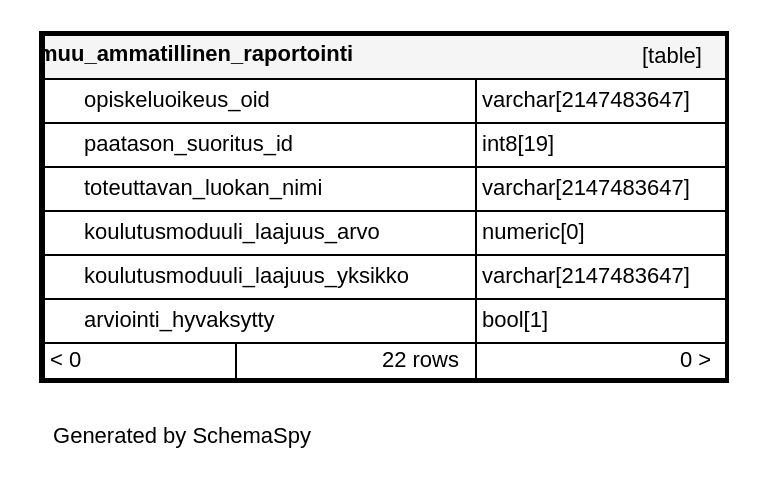
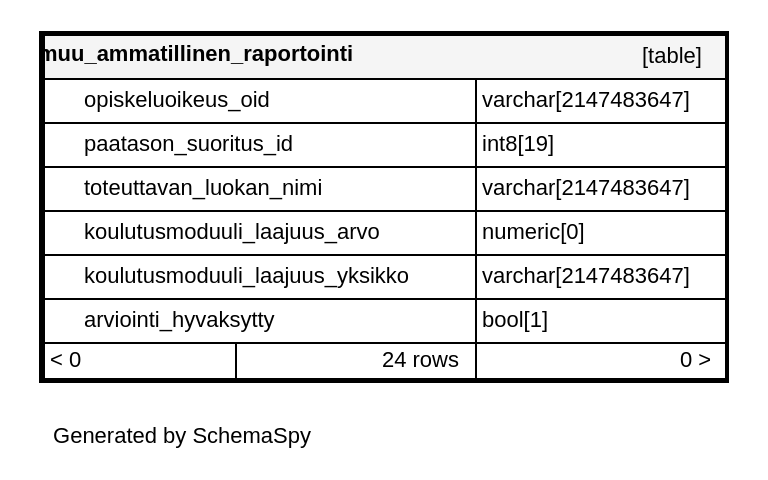
Before and after one commit to Opetushallitus/koski: the diagram in documentation/tietokantaskeemat/koski-raportointikanta/diagrams/tables/muu_ammatillinen_raportointi.1degree.dot, drawn with Graphviz. The commit also changed 95 other files, not shown here.

```diff
--- a/documentation/tietokantaskeemat/koski-raportointikanta/diagrams/tables/muu_ammatillinen_raportointi.1degree.dot
+++ b/documentation/tietokantaskeemat/koski-raportointikanta/diagrams/tables/muu_ammatillinen_raportointi.1degree.dot
@@ -1,19 +1,19 @@
 digraph "oneDegreeRelationshipsDiagram" {
   graph [    rankdir="RL"    bgcolor="#ffffff"    label="\nGenerated by SchemaSpy"    labeljust="l"    nodesep="0.18"    ranksep="0.46"    fontname="Helvetica"    fontsize="11"    ration="compress"  ];  node [    fontname="Helvetica"    fontsize="11"    shape="plaintext"  ];  edge [    arrowsize="0.8"  ];
   "muu_ammatillinen_raportointi" [
    label=<
     <TABLE BORDER="2" CELLBORDER="1" CELLSPACING="0" BGCOLOR="#ffffff">
       <TR><TD COLSPAN="4"  BGCOLOR="#f5f5f5"><TABLE BORDER="0" CELLSPACING="0"><TR><TD ALIGN="LEFT" FIXEDSIZE="TRUE" WIDTH="172" HEIGHT="16"><B>muu_ammatillinen_raportointi</B></TD><TD ALIGN="RIGHT">[table]</TD></TR></TABLE></TD></TR>
       <TR><TD PORT="opiskeluoikeus_oid" COLSPAN="2" ALIGN="LEFT"><TABLE BORDER="0" CELLSPACING="0" ALIGN="LEFT"><TR ALIGN="LEFT"><TD ALIGN="LEFT" FIXEDSIZE="TRUE" WIDTH="15" HEIGHT="16"></TD><TD ALIGN="LEFT" FIXEDSIZE="TRUE" WIDTH="195" HEIGHT="16">opiskeluoikeus_oid</TD></TR></TABLE></TD><TD PORT="opiskeluoikeus_oid.type" ALIGN="LEFT">varchar[2147483647]</TD></TR>
       <TR><TD PORT="paatason_suoritus_id" COLSPAN="2" ALIGN="LEFT"><TABLE BORDER="0" CELLSPACING="0" ALIGN="LEFT"><TR ALIGN="LEFT"><TD ALIGN="LEFT" FIXEDSIZE="TRUE" WIDTH="15" HEIGHT="16"></TD><TD ALIGN="LEFT" FIXEDSIZE="TRUE" WIDTH="195" HEIGHT="16">paatason_suoritus_id</TD></TR></TABLE></TD><TD PORT="paatason_suoritus_id.type" ALIGN="LEFT">int8[19]</TD></TR>
       <TR><TD PORT="toteuttavan_luokan_nimi" COLSPAN="2" ALIGN="LEFT"><TABLE BORDER="0" CELLSPACING="0" ALIGN="LEFT"><TR ALIGN="LEFT"><TD ALIGN="LEFT" FIXEDSIZE="TRUE" WIDTH="15" HEIGHT="16"></TD><TD ALIGN="LEFT" FIXEDSIZE="TRUE" WIDTH="195" HEIGHT="16">toteuttavan_luokan_nimi</TD></TR></TABLE></TD><TD PORT="toteuttavan_luokan_nimi.type" ALIGN="LEFT">varchar[2147483647]</TD></TR>
       <TR><TD PORT="koulutusmoduuli_laajuus_arvo" COLSPAN="2" ALIGN="LEFT"><TABLE BORDER="0" CELLSPACING="0" ALIGN="LEFT"><TR ALIGN="LEFT"><TD ALIGN="LEFT" FIXEDSIZE="TRUE" WIDTH="15" HEIGHT="16"></TD><TD ALIGN="LEFT" FIXEDSIZE="TRUE" WIDTH="195" HEIGHT="16">koulutusmoduuli_laajuus_arvo</TD></TR></TABLE></TD><TD PORT="koulutusmoduuli_laajuus_arvo.type" ALIGN="LEFT">numeric[0]</TD></TR>
       <TR><TD PORT="koulutusmoduuli_laajuus_yksikko" COLSPAN="2" ALIGN="LEFT"><TABLE BORDER="0" CELLSPACING="0" ALIGN="LEFT"><TR ALIGN="LEFT"><TD ALIGN="LEFT" FIXEDSIZE="TRUE" WIDTH="15" HEIGHT="16"></TD><TD ALIGN="LEFT" FIXEDSIZE="TRUE" WIDTH="195" HEIGHT="16">koulutusmoduuli_laajuus_yksikko</TD></TR></TABLE></TD><TD PORT="koulutusmoduuli_laajuus_yksikko.type" ALIGN="LEFT">varchar[2147483647]</TD></TR>
       <TR><TD PORT="arviointi_hyvaksytty" COLSPAN="2" ALIGN="LEFT"><TABLE BORDER="0" CELLSPACING="0" ALIGN="LEFT"><TR ALIGN="LEFT"><TD ALIGN="LEFT" FIXEDSIZE="TRUE" WIDTH="15" HEIGHT="16"></TD><TD ALIGN="LEFT" FIXEDSIZE="TRUE" WIDTH="195" HEIGHT="16">arviointi_hyvaksytty</TD></TR></TABLE></TD><TD PORT="arviointi_hyvaksytty.type" ALIGN="LEFT">bool[1]</TD></TR>
-      <TR><TD ALIGN="LEFT" BGCOLOR="#ffffff">&lt; 0</TD><TD ALIGN="RIGHT" BGCOLOR="#ffffff">22 rows</TD><TD ALIGN="RIGHT" BGCOLOR="#ffffff">0 &gt;</TD></TR>
+      <TR><TD ALIGN="LEFT" BGCOLOR="#ffffff">&lt; 0</TD><TD ALIGN="RIGHT" BGCOLOR="#ffffff">24 rows</TD><TD ALIGN="RIGHT" BGCOLOR="#ffffff">0 &gt;</TD></TR>
     </TABLE>>
     URL="../../tables/muu_ammatillinen_raportointi.html"
     target="_top"
     tooltip="muu_ammatillinen_raportointi"
   ];
 }
```
